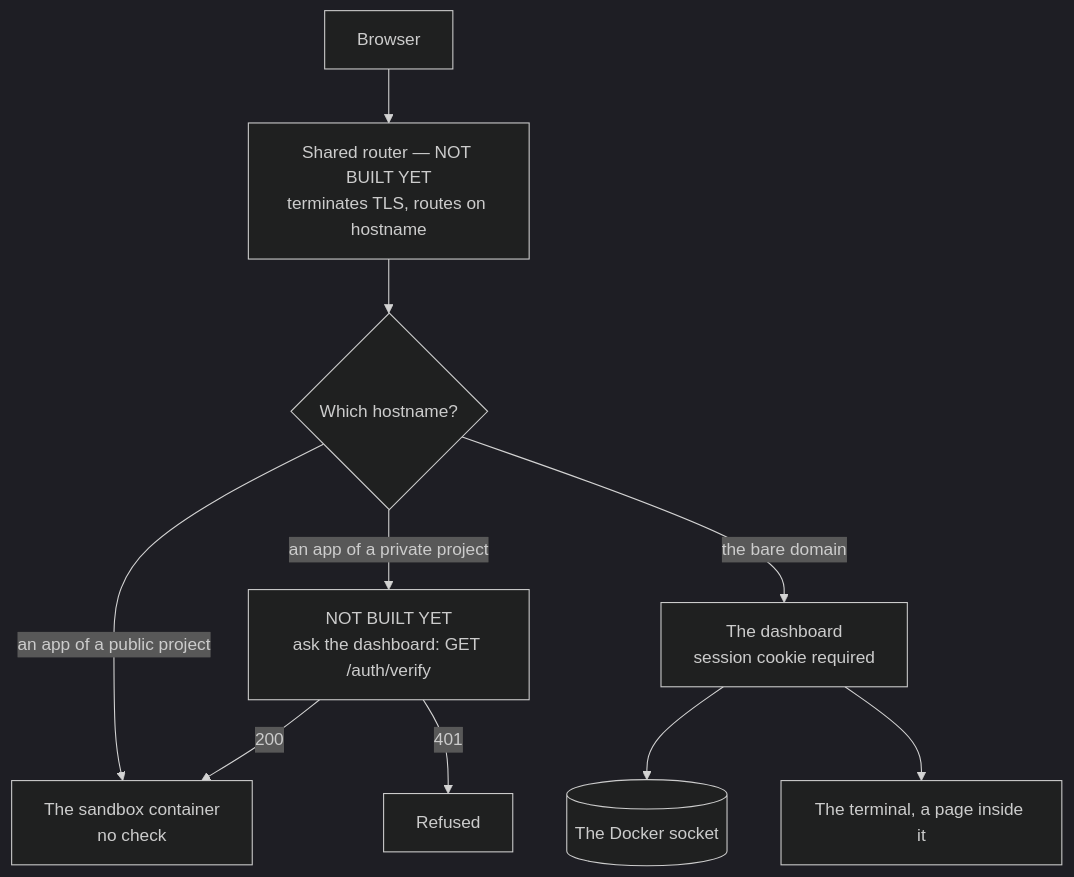
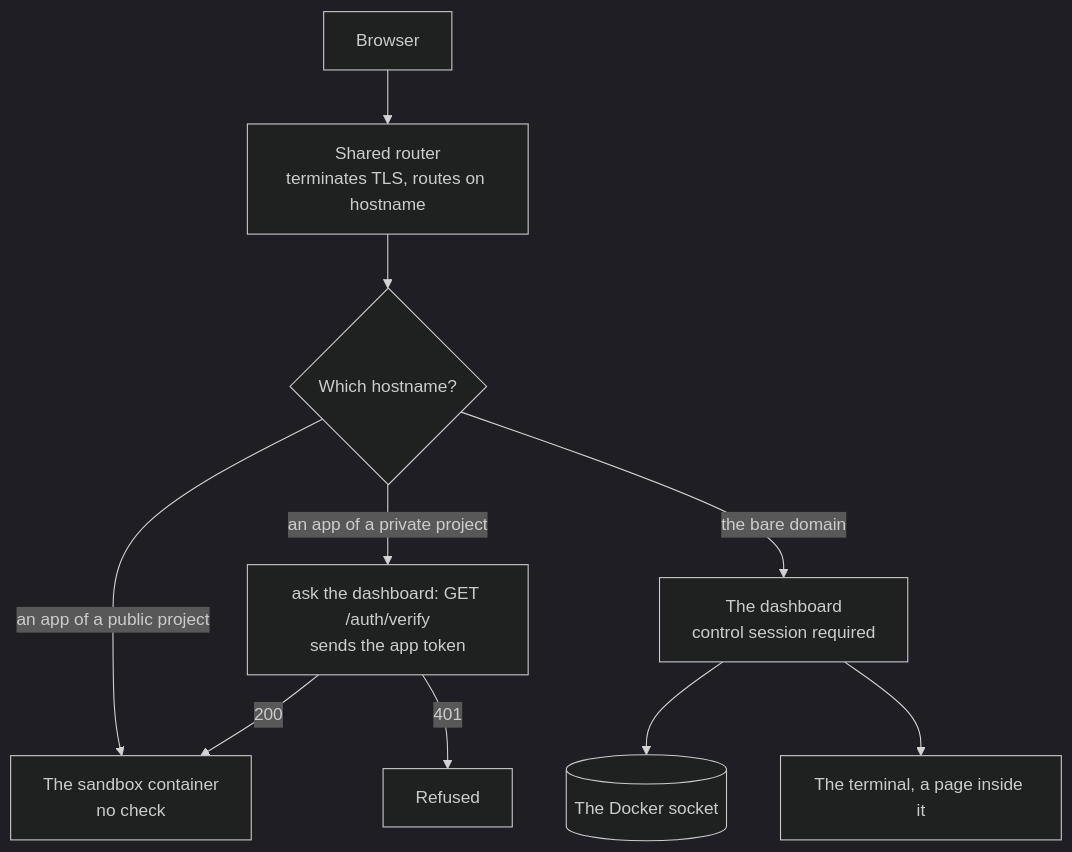
The diagram in docs/security/two-tiers.md (mattmoran56/sandboxer-core), drawn with Mermaid (dark theme) before and after one commit. The commit also changed other lines of this file, not shown here.

````diff
--- a/docs/security/two-tiers.md
+++ b/docs/security/two-tiers.md
@@ -20,12 +20,12 @@
 ```mermaid
 flowchart TB
-  vis["Browser"] --> router["Shared router — NOT BUILT YET<br/>terminates TLS, routes on hostname"]
+  vis["Browser"] --> router["Shared router<br/>terminates TLS, routes on hostname"]
   router --> q{"Which hostname?"}
   q -->|"an app of a public project"| app["The sandbox container<br/>no check"]
-  q -->|"an app of a private project"| fa["NOT BUILT YET<br/>ask the dashboard: GET /auth/verify"]
+  q -->|"an app of a private project"| fa["ask the dashboard: GET /auth/verify<br/>sends the app token"]
   fa -->|"200"| app
   fa -->|"401"| deny["Refused"]
-  q -->|"the bare domain"| dash["The dashboard<br/>session cookie required"]
+  q -->|"the bare domain"| dash["The dashboard<br/>control session required"]
   dash --> docker[("The Docker socket")]
   dash --> term["The terminal, a page inside it"]
 ```
````
